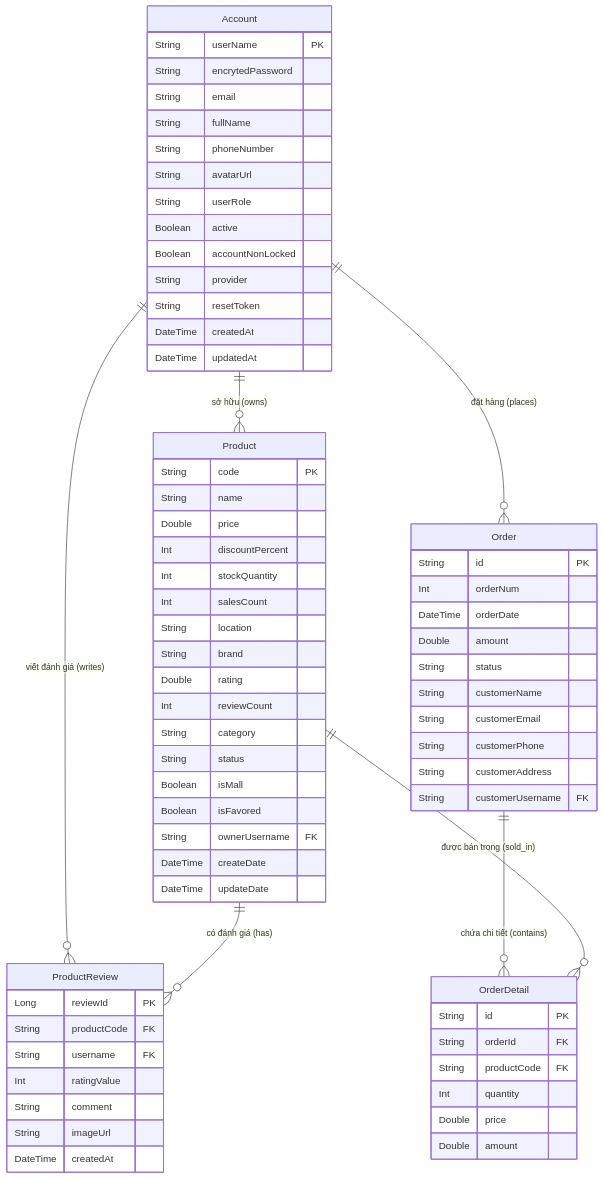
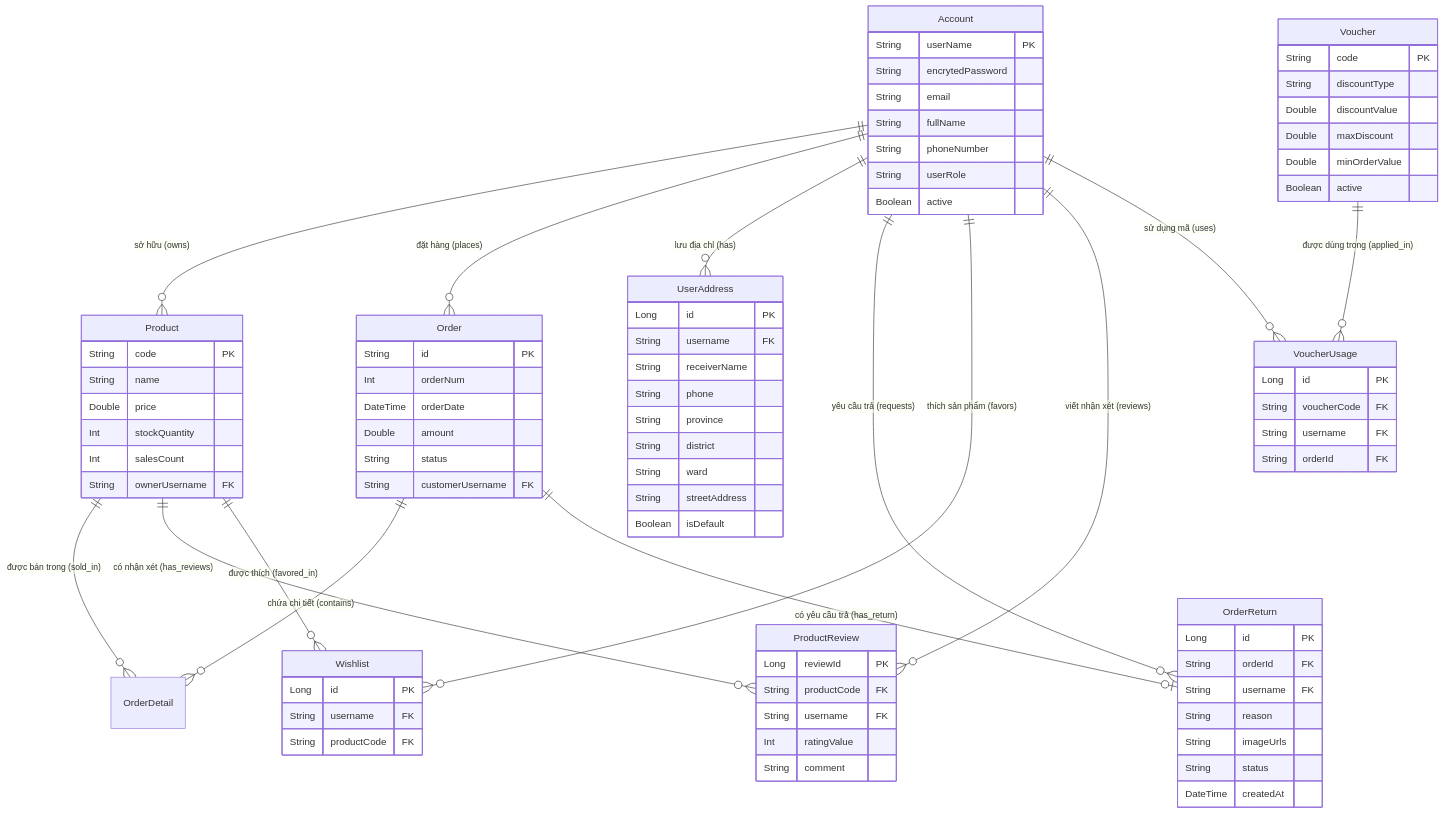
The second of 2 diagrams in README.md (truongduoc1512/Testing), drawn with Mermaid before and after one commit. The commit also changed other lines of this file and 42 other files, not shown here.

````diff
--- a/README.md
+++ b/README.md
@@ -156,10 +160,17 @@
 erDiagram
     Account ||--o{ Product : "sở hữu (owns)"
     Account ||--o{ Order : "đặt hàng (places)"
-    Account ||--o{ ProductReview : "viết đánh giá (writes)"
-    Product ||--o{ ProductReview : "có đánh giá (has)"
+    Account ||--o{ UserAddress : "lưu địa chỉ (has)"
+    Account ||--o{ OrderReturn : "yêu cầu trả (requests)"
+    Account ||--o{ Wishlist : "thích sản phẩm (favors)"
+    Account ||--o{ ProductReview : "viết nhận xét (reviews)"
+    Account ||--o{ VoucherUsage : "sử dụng mã (uses)"
+    Voucher ||--o{ VoucherUsage : "được dùng trong (applied_in)"
+    Product ||--o{ OrderDetail : "được bán trong (sold_in)"
+    Product ||--o{ ProductReview : "có nhận xét (has_reviews)"
+    Product ||--o{ Wishlist : "được thích (favored_in)"
     Order ||--o{ OrderDetail : "chứa chi tiết (contains)"
-    Product ||--o{ OrderDetail : "được bán trong (sold_in)"
+    Order ||--o| OrderReturn : "có yêu cầu trả (has_return)"
 
     Account {
         String userName PK
@@ -167,34 +178,29 @@
         String email
         String fullName
         String phoneNumber
-        String avatarUrl
         String userRole
         Boolean active
-        Boolean accountNonLocked
-        String provider
-        String resetToken
-        DateTime createdAt
-        DateTime updatedAt
+    }
+
+    UserAddress {
+        Long id PK
+        String username FK
+        String receiverName
+        String phone
+        String province
+        String district
+        String ward
+        String streetAddress
+        Boolean isDefault
     }
 
     Product {
         String code PK
         String name
         Double price
-        Int discountPercent
         Int stockQuantity
         Int salesCount
-        String location
-        String brand
-        Double rating
-        Int reviewCount
-        String category
-        String status
-        Boolean isMall
-        Boolean isFavored
         String ownerUsername FK
-        DateTime createDate
-        DateTime updateDate
     }
 
     Order {
@@ -203,20 +209,39 @@
         DateTime orderDate
         Double amount
         String status
-        String customerName
-        String customerEmail
-        String customerPhone
-        String customerAddress
         String customerUsername FK
     }
 
-    OrderDetail {
-        String id PK
+    OrderReturn {
+        Long id PK
         String orderId FK
+        String username FK
+        String reason
+        String imageUrls
+        String status
+        DateTime createdAt
+    }
+
+    Wishlist {
+        Long id PK
+        String username FK
         String productCode FK
-        Int quantity
-        Double price
-        Double amount
+    }
+
+    Voucher {
+        String code PK
+        String discountType
+        Double discountValue
+        Double maxDiscount
+        Double minOrderValue
+        Boolean active
+    }
+
+    VoucherUsage {
+        Long id PK
+        String voucherCode FK
+        String username FK
+        String orderId FK
     }
 
     ProductReview {
@@ -225,7 +250,5 @@
         String username FK
         Int ratingValue
         String comment
-        String imageUrl
-        DateTime createdAt
     }
 ```
````
